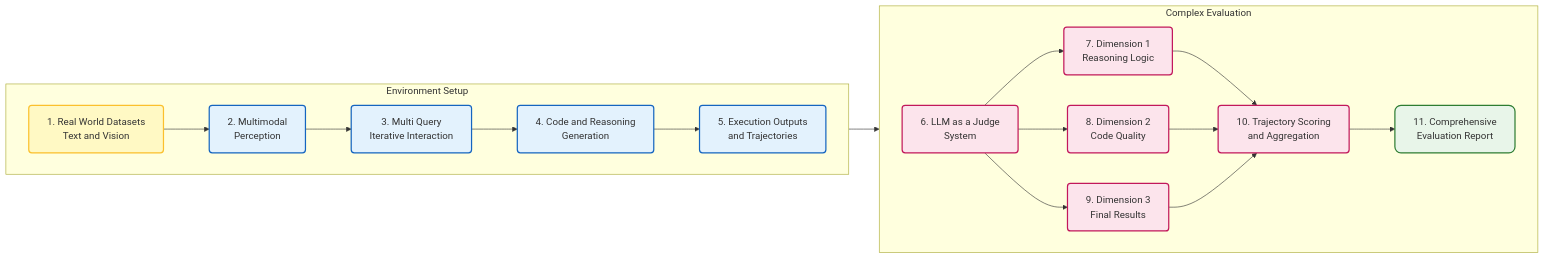
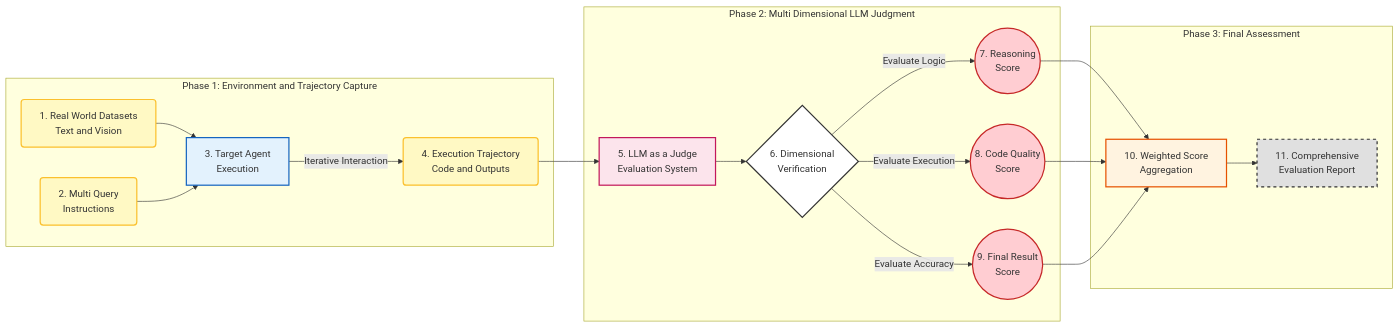
One commit to hhtrocket/HHT-Benchmark-dataset changed the fourth of 6 diagrams in Literature Review/brief report 3.md. Above: the diagram before and after it, drawn with Mermaid.

Commit message:
Update brief report 3.md

````diff
--- a/Literature Review/brief report 3.md
+++ b/Literature Review/brief report 3.md
@@ -184,39 +184,47 @@
 ```mermaid
 graph LR
-    classDef phase1 fill:#e3f2fd,stroke:#1565c0,stroke-width:2px,rx:5,ry:5;
-    classDef phase2 fill:#fce4ec,stroke:#c2185b,stroke-width:2px,rx:5,ry:5;
+    %% Style Definitions
     classDef input fill:#fff9c4,stroke:#fbc02d,stroke-width:2px,rx:5,ry:5;
-    classDef report fill:#e8f5e9,stroke:#2e7d32,stroke-width:2px,rx:10,ry:10;
+    classDef phase1 fill:#e3f2fd,stroke:#1565c0,stroke-width:2px;
+    classDef phase2 fill:#fce4ec,stroke:#c2185b,stroke-width:2px;
+    classDef phase3 fill:#fff3e0,stroke:#e65100,stroke-width:2px;
+    classDef decision fill:#ffffff,stroke:#333,stroke-width:2px,shape:diamond;
+    classDef score fill:#ffcdd2,stroke:#c62828,stroke-width:2px,rx:50,ry:50;
+    classDef report fill:#e0e0e0,stroke:#333,stroke-width:2px,stroke-dasharray: 5 5;
 
-    subgraph Environment Setup
-        direction LR
-        N1["1. Real World Datasets<br/>Text and Vision"]:::input
-        N2["2. Multimodal<br/>Perception"]:::phase1
-        N3["3. Multi Query<br/>Iterative Interaction"]:::phase1
-        N4["4. Code and Reasoning<br/>Generation"]:::phase1
-        N5["5. Execution Outputs<br/>and Trajectories"]:::phase1
-        
-        N1 --> N2
-        N2 --> N3
-        N3 --> N4
-        N4 --> N5
+    %% === Environment and Trajectory Capture ===
+    subgraph P1 ["Phase 1: Environment and Trajectory Capture"]
+        Data["1. Real World Datasets<br/>Text and Vision"]:::input
+        Queries["2. Multi Query<br/>Instructions"]:::input
+        Agent["3. Target Agent<br/>Execution"]:::phase1
+        Trajectory["4. Execution Trajectory<br/>Code and Outputs"]:::input
+
+        Data --> Agent
+        Queries --> Agent
+        Agent -->|Iterative Interaction| Trajectory
     end
 
-    subgraph Complex Evaluation
-        direction LR
-        N6["6. LLM as a Judge<br/>System"]:::phase2
-        N7["7. Dimension 1<br/>Reasoning Logic"]:::phase2
-        N8["8. Dimension 2<br/>Code Quality"]:::phase2
-        N9["9. Dimension 3<br/>Final Results"]:::phase2
-        N10["10. Trajectory Scoring<br/>and Aggregation"]:::phase2
-        N11["11. Comprehensive<br/>Evaluation Report"]:::report
-        
-        N6 --> N7
-        N6 --> N8
-        N6 --> N9
-        N7 & N8 & N9 --> N10
-        N10 --> N11
+    %% === Multi Dimensional Judgment ===
+    subgraph P2 ["Phase 2: Multi Dimensional LLM Judgment"]
+        Judge["5. LLM as a Judge<br/>Evaluation System"]:::phase2
+        Check{"6. Dimensional<br/>Verification"}:::decision
+        S1(("7. Reasoning<br/>Score")):::score
+        S2(("8. Code Quality<br/>Score")):::score
+        S3(("9. Final Result<br/>Score")):::score
+
+        Trajectory --> Judge
+        Judge --> Check
+        Check -->|Evaluate Logic| S1
+        Check -->|Evaluate Execution| S2
+        Check -->|Evaluate Accuracy| S3
     end
 
-    N5 --> N6
+    %% === Final Assessment ===
+    subgraph P3 ["Phase 3: Final Assessment"]
+        Agg["10. Weighted Score<br/>Aggregation"]:::phase3
+        Rep["11. Comprehensive<br/>Evaluation Report"]:::report
+
+        S1 & S2 & S3 --> Agg
+        Agg --> Rep
+    end
 ```
````
